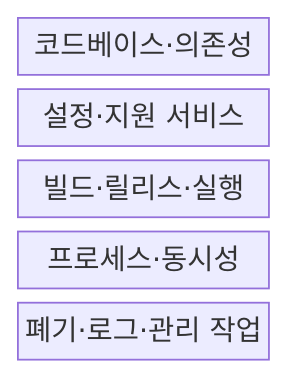
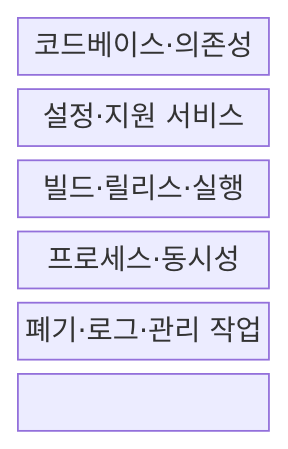
One commit to agnusdei1207/knowledge-base changed the first of 2 diagrams in src/content/docs/notes/03-software/045_twelve_factor_app.md. Above: the diagram before and after it, drawn with Mermaid. The commit also changed other lines of this file and 238 other files, not shown here.

````diff
--- a/src/content/docs/notes/03-software/045_twelve_factor_app.md
+++ b/src/content/docs/notes/03-software/045_twelve_factor_app.md
@@ -68,9 +68,11 @@
 ```mermaid
-block
+block-beta
   columns 1
   C["코드베이스·의존성"]
   S["설정·지원 서비스"]
   B["빌드·릴리스·실행"]
   P["프로세스·동시성"]
   O["폐기·로그·관리 작업"]
+  C --- S --- B
+  B --- P --- O
 ```
````
